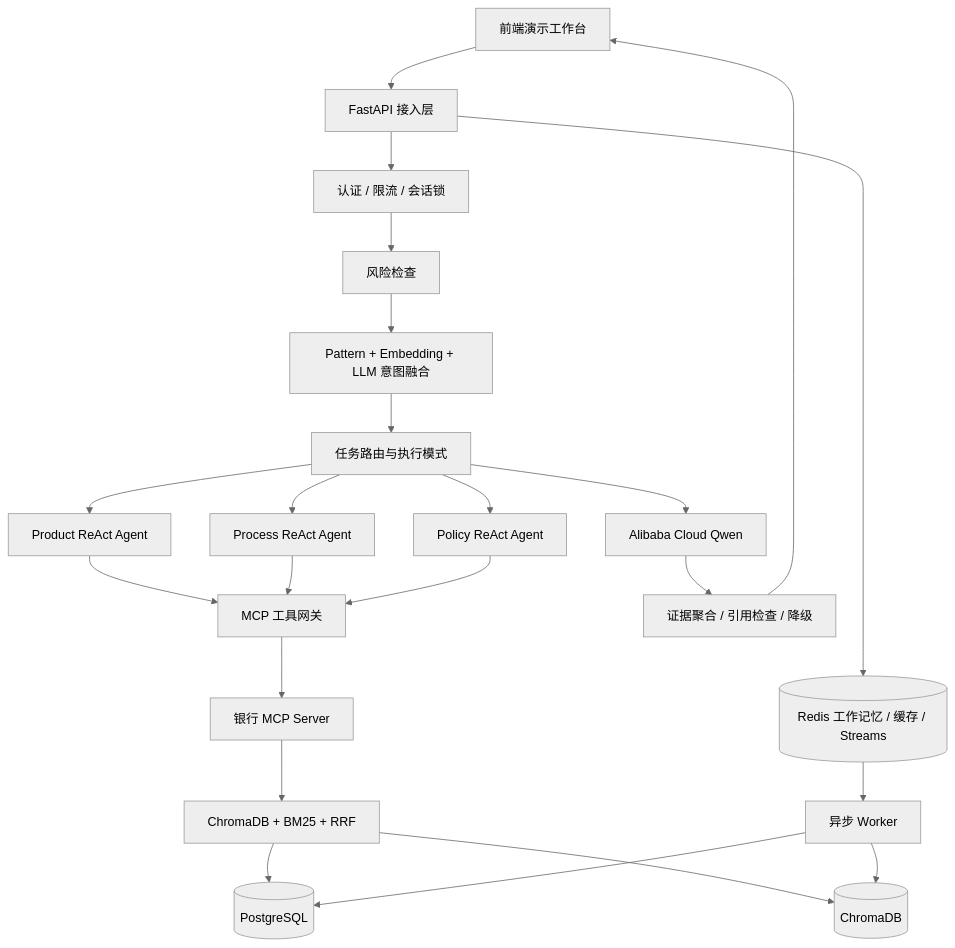
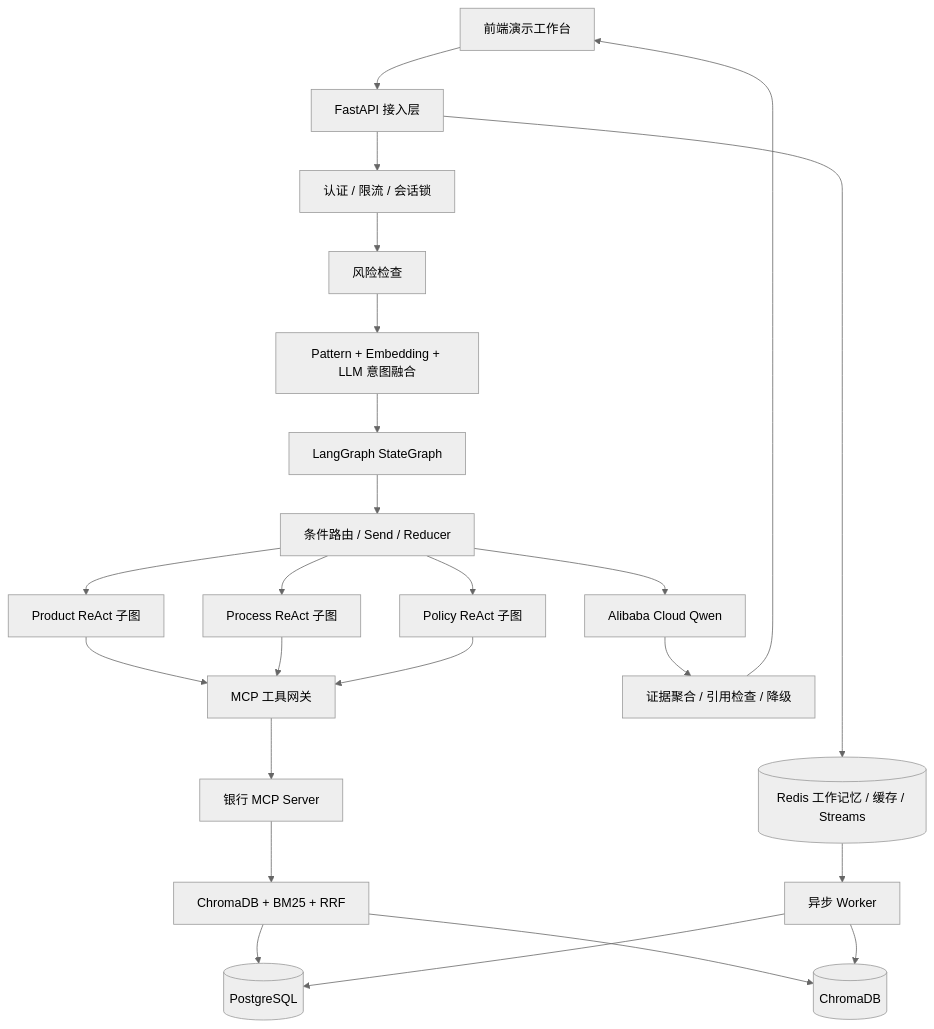
Before and after one commit to bruce-learning/Corporate-Banking: the diagram in README.md, drawn with Mermaid (neutral theme). The commit also changed other lines of this file and 25 other files, not shown here.

````diff
--- a/README.md
+++ b/README.md
@@ -28,25 +28,26 @@
 ```mermaid
 flowchart TD
     UI[前端演示工作台] --> API[FastAPI 接入层]
     API --> AUTH[认证 / 限流 / 会话锁]
     AUTH --> SAFE[风险检查]
     SAFE --> INTENT[Pattern + Embedding + LLM 意图融合]
-    INTENT --> ROUTER[任务路由与执行模式]
-    ROUTER --> PRODUCT[Product ReAct Agent]
-    ROUTER --> PROCESS[Process ReAct Agent]
-    ROUTER --> POLICY[Policy ReAct Agent]
+    INTENT --> ROUTER[LangGraph StateGraph]
+    ROUTER --> PLAN[条件路由 / Send / Reducer]
+    PLAN --> PRODUCT[Product ReAct 子图]
+    PLAN --> PROCESS[Process ReAct 子图]
+    PLAN --> POLICY[Policy ReAct 子图]
     PRODUCT --> MCP[MCP 工具网关]
     PROCESS --> MCP
     POLICY --> MCP
     MCP --> MCP_SERVER[银行 MCP Server]
     MCP_SERVER --> RAG[ChromaDB + BM25 + RRF]
     RAG --> PG[(PostgreSQL)]
     RAG --> CHROMA[(ChromaDB)]
     API --> REDIS[(Redis 工作记忆 / 缓存 / Streams)]
     REDIS --> WORKER[异步 Worker]
     WORKER --> PG
     WORKER --> CHROMA
-    ROUTER --> QWEN[Alibaba Cloud Qwen]
+    PLAN --> QWEN[Alibaba Cloud Qwen]
     QWEN --> GUARD[证据聚合 / 引用检查 / 降级]
     GUARD --> UI
 ```
````
